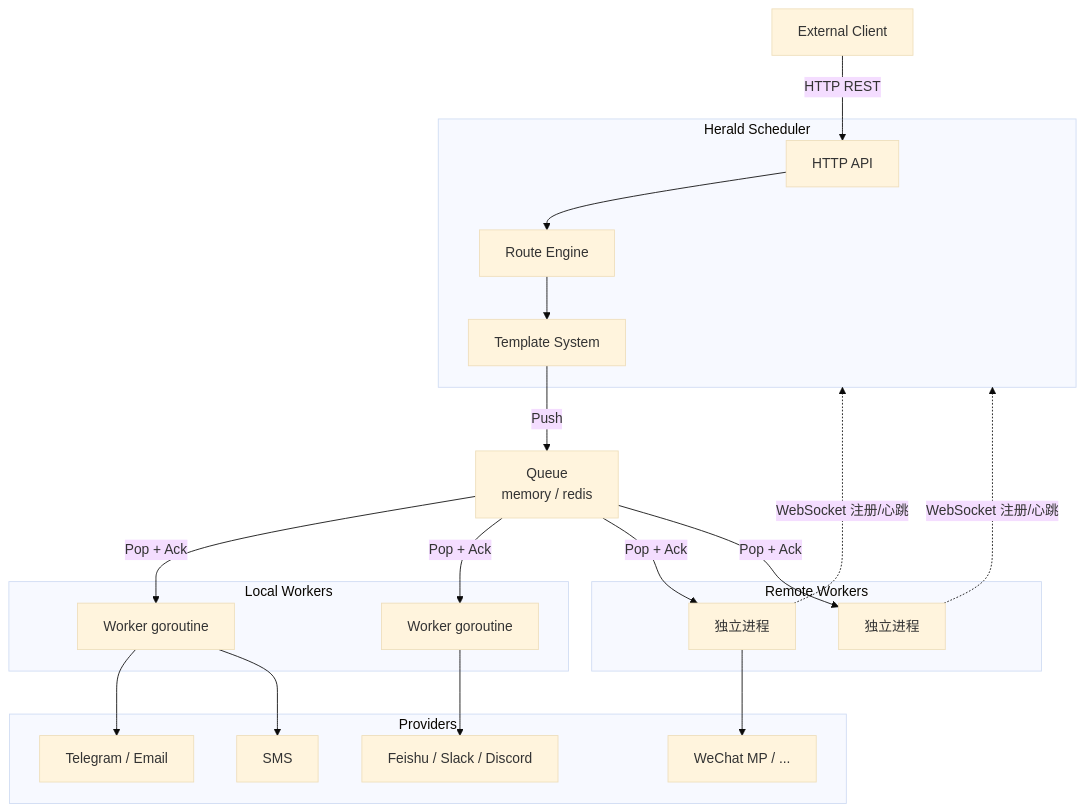
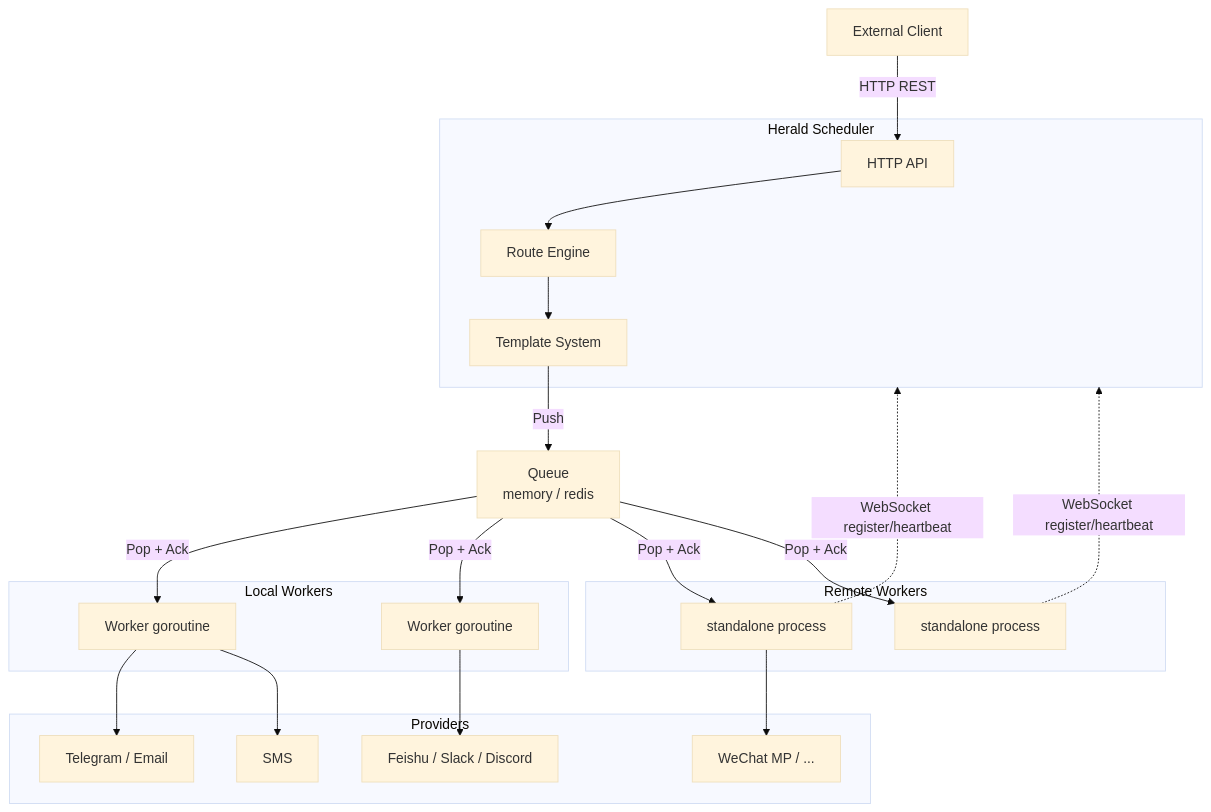
One commit to cuihairu/herald changed the diagram in docs/architecture/overview.md. Above: the diagram before and after it, drawn with Mermaid (base theme). The commit also changed other lines of this file and 178 other files, not shown here.

````diff
--- a/docs/architecture/overview.md
+++ b/docs/architecture/overview.md
@@ -95,43 +93,43 @@
 ```mermaid
 graph TB
     Client["External Client"]
 
     subgraph Scheduler["Herald Scheduler"]
         API["HTTP API"]
         Router["Route Engine"]
         Template["Template System"]
         API --> Router --> Template
     end
 
     Queue["Queue<br/>memory / redis"]
 
     subgraph LocalWorkers["Local Workers"]
         LW1["Worker goroutine"]
         LW2["Worker goroutine"]
     end
 
     subgraph RemoteWorkers["Remote Workers"]
-        RW1["独立进程"]
-        RW2["独立进程"]
+        RW1["standalone process"]
+        RW2["standalone process"]
     end
 
     subgraph Providers["Providers"]
         P1["Telegram / Email"]
         P2["Feishu / Slack / Discord"]
         P3["SMS"]
         P4["WeChat MP / ..."]
     end
 
     Client -->|HTTP REST| API
     Template -->|Push| Queue
     Queue -->|Pop + Ack| LW1
     Queue -->|Pop + Ack| LW2
     Queue -->|Pop + Ack| RW1
     Queue -->|Pop + Ack| RW2
-    RW1 -.->|WebSocket 注册/心跳| Scheduler
-    RW2 -.->|WebSocket 注册/心跳| Scheduler
+    RW1 -.->|WebSocket register/heartbeat| Scheduler
+    RW2 -.->|WebSocket register/heartbeat| Scheduler
     LW1 --> P1
     LW2 --> P2
     LW1 --> P3
     RW1 --> P4
 ```
````
